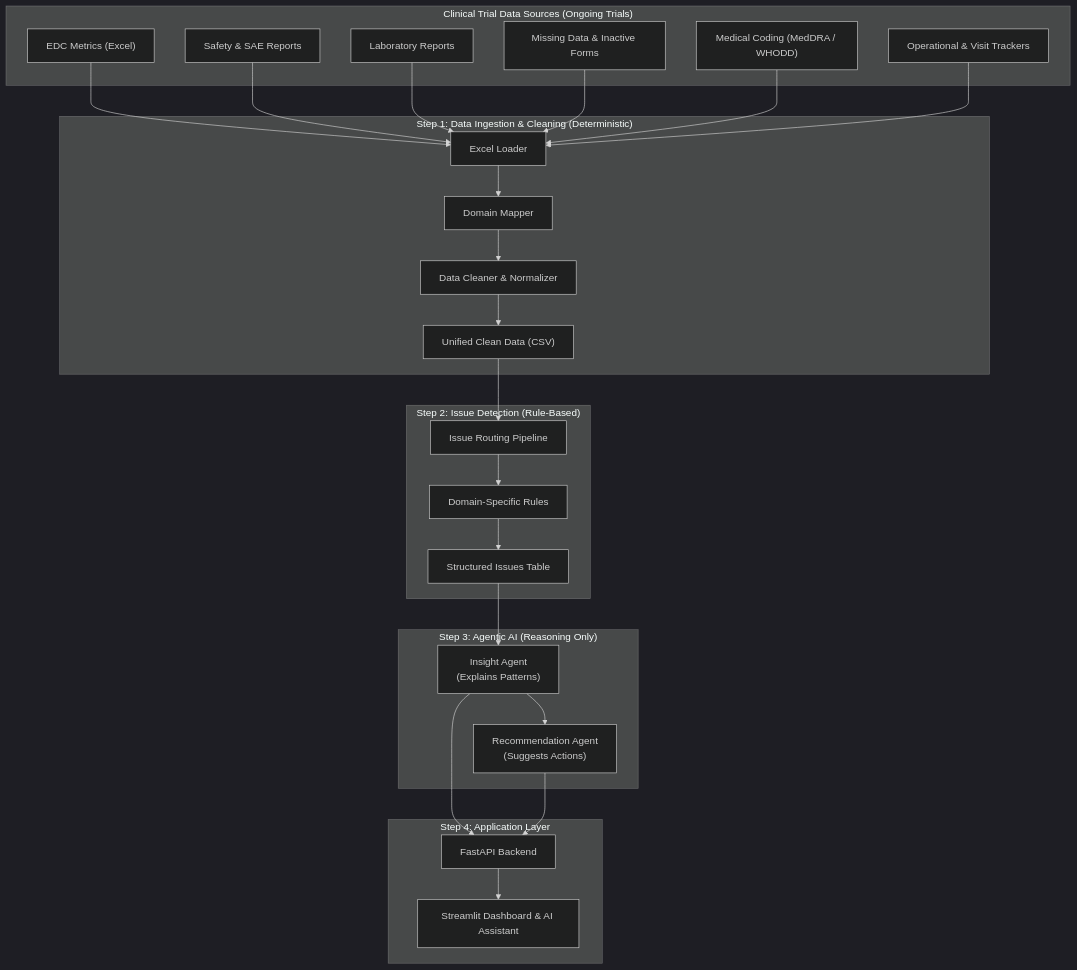
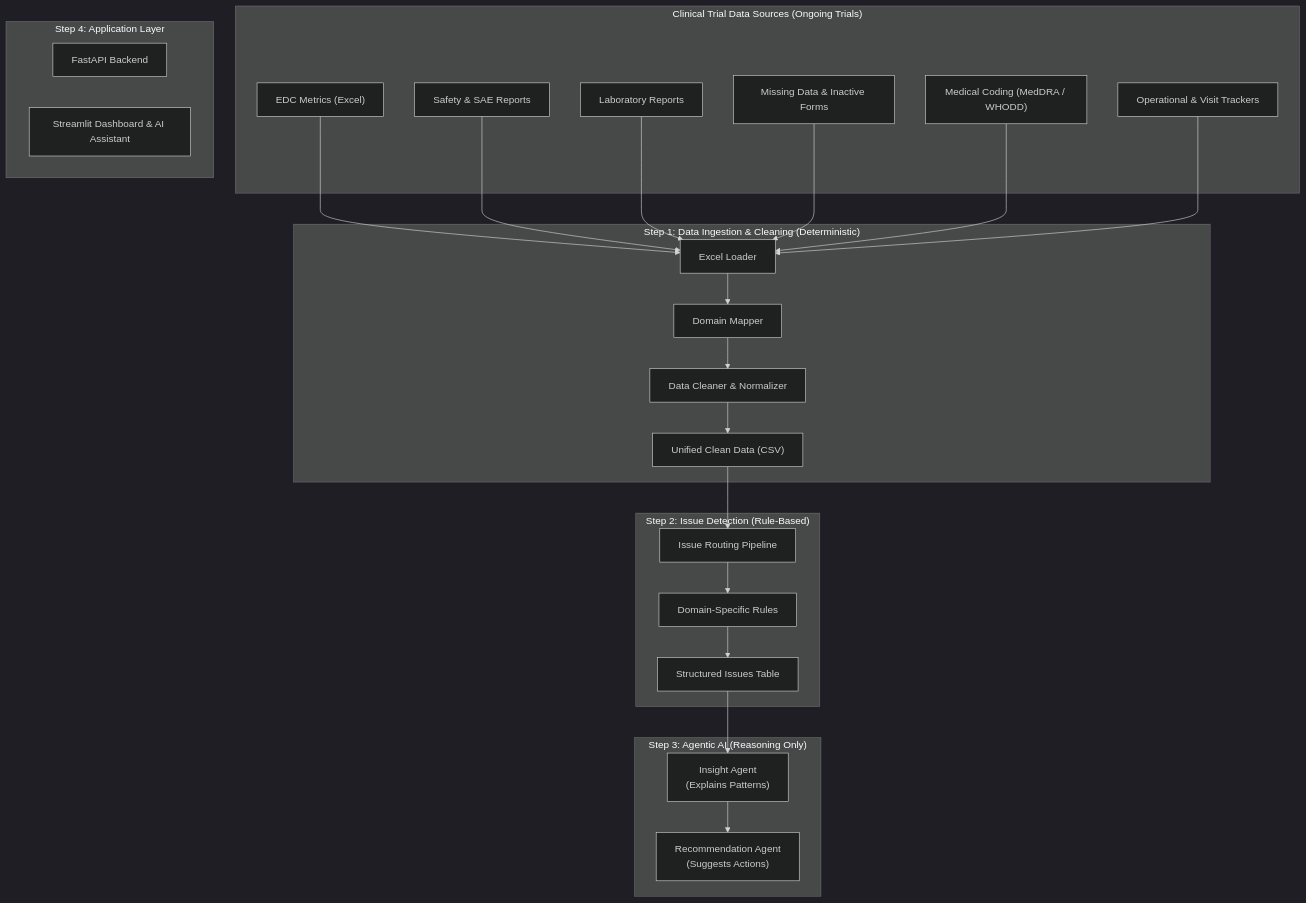
Before and after one commit to priyanshsingh11/TrailFlow: the diagram in README.md, drawn with Mermaid (dark theme).

````diff
--- a/README.md
+++ b/README.md
@@ -2,75 +2,72 @@
 ```mermaid
 flowchart TB
 
     %% =========================
     %% DATA SOURCES
     %% =========================
     subgraph DS["Clinical Trial Data Sources (Ongoing Trials)"]
         EDC["EDC Metrics (Excel)"]
         SAE["Safety & SAE Reports"]
         LAB["Laboratory Reports"]
         DQ["Missing Data & Inactive Forms"]
         COD["Medical Coding (MedDRA / WHODD)"]
         OPS["Operational & Visit Trackers"]
     end
 
     %% =========================
     %% INGESTION & CLEANING
     %% =========================
     subgraph ING["Step 1: Data Ingestion & Cleaning (Deterministic)"]
         LDR["Excel Loader"]
         MAP["Domain Mapper"]
         CLN["Data Cleaner & Normalizer"]
         RAW["Unified Clean Data (CSV)"]
     end
 
     %% =========================
     %% ISSUE DETECTION
     %% =========================
     subgraph ISS["Step 2: Issue Detection (Rule-Based)"]
         ROUTE["Issue Routing Pipeline"]
         RULES["Domain-Specific Rules"]
         ISSUES["Structured Issues Table"]
     end
 
     %% =========================
     %% AGENTIC AI LAYER
     %% =========================
     subgraph AI["Step 3: Agentic AI (Reasoning Only)"]
         INSIGHT["Insight Agent\n(Explains Patterns)"]
         RECOMMEND["Recommendation Agent\n(Suggests Actions)"]
     end
 
     %% =========================
     %% APPLICATION LAYER
     %% =========================
     subgraph APP["Step 4: Application Layer"]
         API["FastAPI Backend"]
         UI["Streamlit Dashboard & AI Assistant"]
     end
 
     %% =========================
     %% DATA FLOW
     %% =========================
     EDC --> LDR
     SAE --> LDR
     LAB --> LDR
     DQ --> LDR
     COD --> LDR
     OPS --> LDR
 
     LDR --> MAP
     MAP --> CLN
     CLN --> RAW
 
     RAW --> ROUTE
     ROUTE --> RULES
     RULES --> ISSUES
 
     ISSUES --> INSIGHT
     INSIGHT --> RECOMMEND
 
-    INSIGHT --> API
-    RECOMMEND --> API
-    API --> UI
 ```
````
